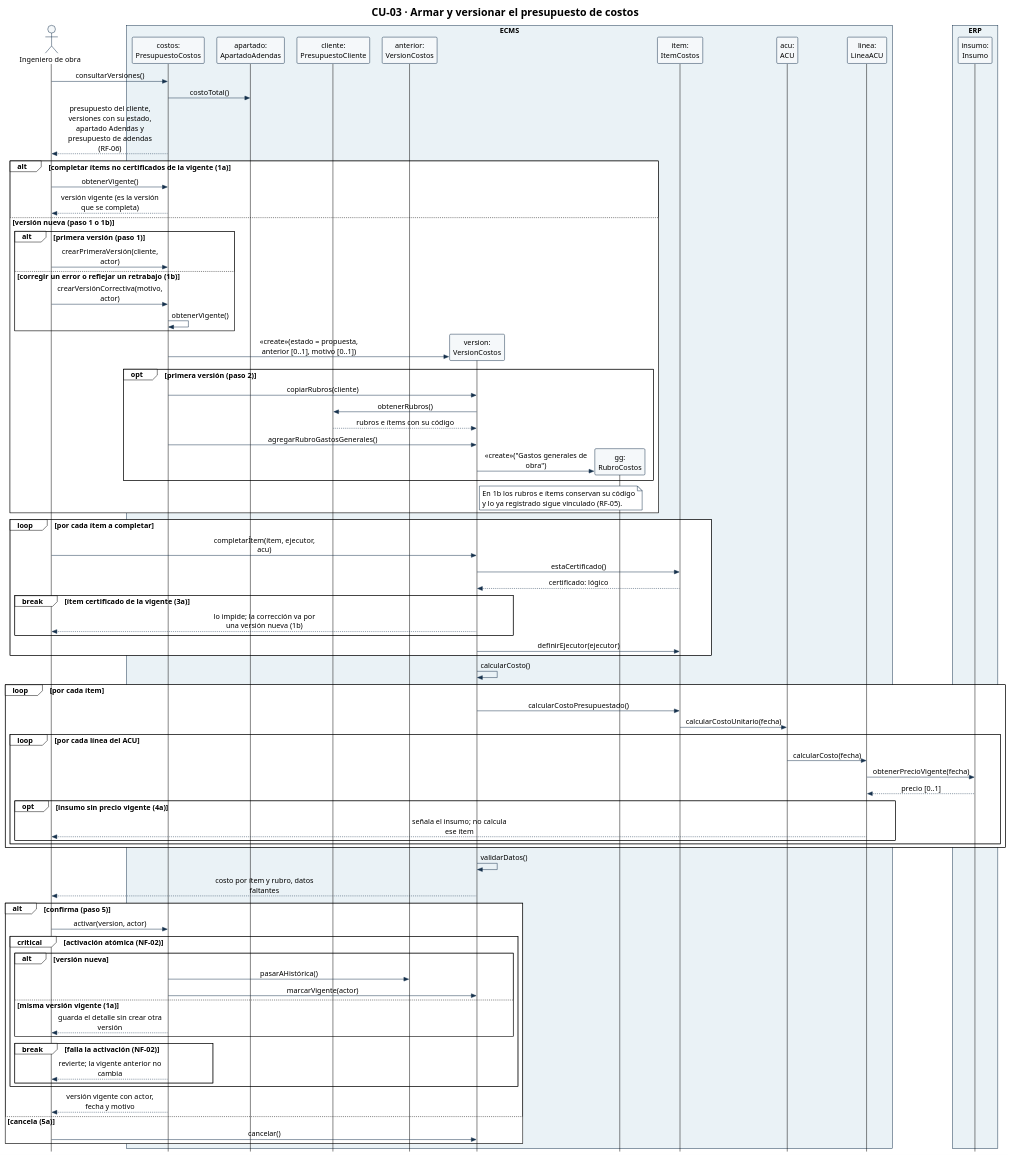
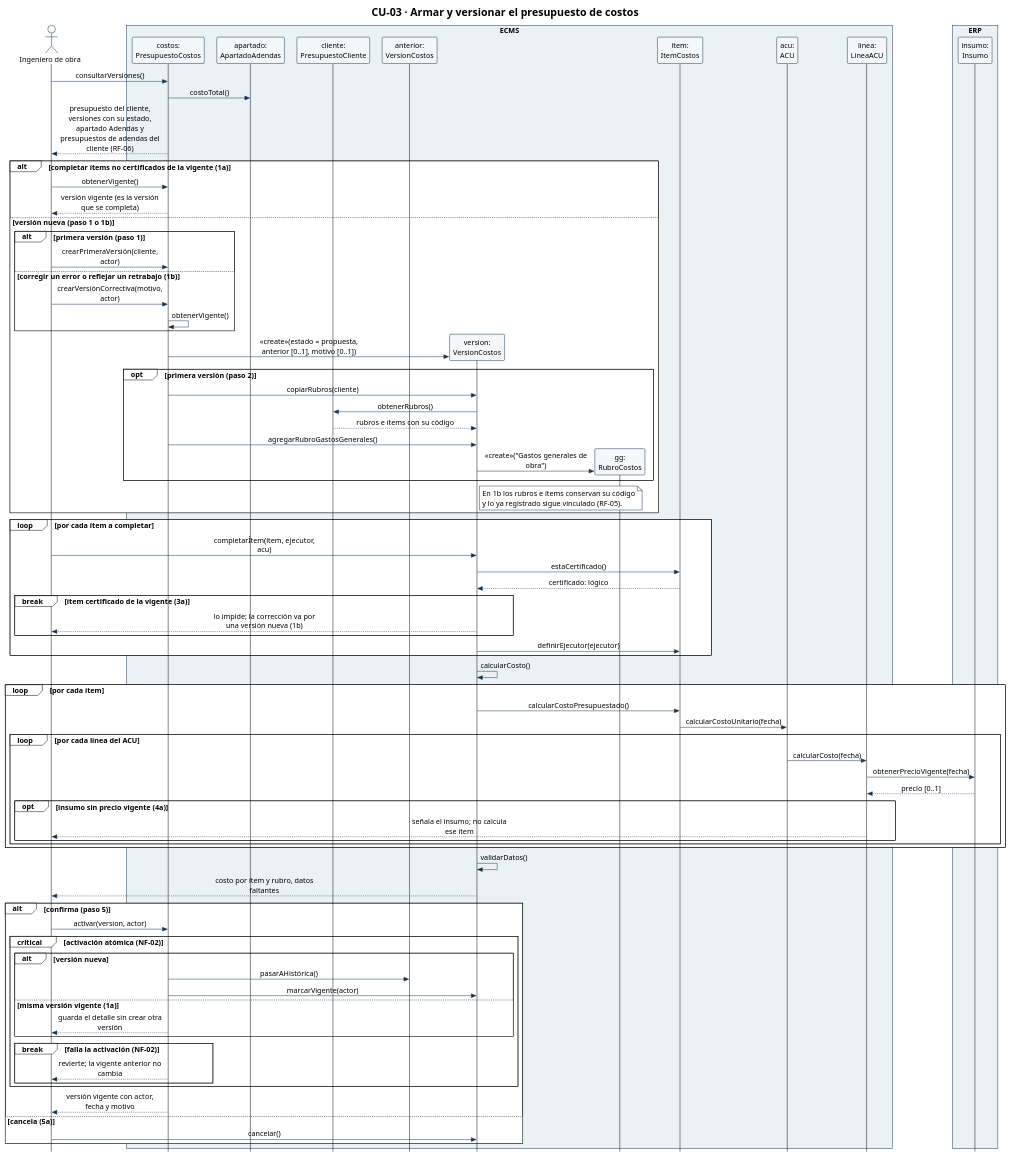
The diagram in diagramas/CU-03-secuencia.puml (Ssrrb/tpf-uca), drawn with PlantUML before and after one commit. The commit also changed 16 other files, not shown here.

```diff
--- a/diagramas/CU-03-secuencia.puml
+++ b/diagramas/CU-03-secuencia.puml
@@ -1,112 +1,112 @@
 @startuml
 !theme plain
 skinparam style strictuml
 skinparam shadowing false
 skinparam defaultFontName Arial
 skinparam defaultFontSize 15
 skinparam sequenceMessageAlign center
 skinparam maxMessageSize 220
 skinparam ParticipantPadding 8
 skinparam BoxPadding 6
 skinparam ParticipantBackgroundColor #F5F8FA
 skinparam ParticipantBorderColor #17324D
 skinparam ActorBorderColor #17324D
 skinparam ActorBackgroundColor #F5F8FA
 skinparam ArrowColor #17324D
 skinparam SequenceBoxBorderColor #17324D
 skinparam note {
   BackgroundColor #FFFFFF
   BorderColor #17324D
 }
 hide footbox
 title CU-03 · Armar y versionar el presupuesto de costos
 actor "Ingeniero de obra" as Ing
 box "ECMS" #EAF2F6
 participant "costos:\nPresupuestoCostos" as PC
 participant "apartado:\nApartadoAdendas" as Apa
 participant "cliente:\nPresupuestoCliente" as Cli
 participant "anterior:\nVersionCostos" as Ant
 participant "version:\nVersionCostos" as V
 participant "gg:\nRubroCostos" as GG
 participant "item:\nItemCostos" as Item
 participant "acu:\nACU" as Acu
 participant "linea:\nLineaACU" as Lin
 end box
 box "ERP" #EAF2F6
 participant "insumo:\nInsumo" as Ins
 end box
 
 Ing -> PC: consultarVersiones()
 PC -> Apa: costoTotal()
-PC --> Ing: presupuesto del cliente, versiones con su estado,\napartado Adendas y presupuesto de adendas (RF-06)
+PC --> Ing: presupuesto del cliente, versiones con su estado,\napartado Adendas y presupuestos de adendas del cliente (RF-06)
 
 alt completar ítems no certificados de la vigente (1a)
   Ing -> PC: obtenerVigente()
   PC --> Ing: versión vigente (es la versión que se completa)
 else versión nueva (paso 1 o 1b)
   alt primera versión (paso 1)
     Ing -> PC: crearPrimeraVersión(cliente, actor)
   else corregir un error o reflejar un retrabajo (1b)
     Ing -> PC: crearVersiónCorrectiva(motivo, actor)
     PC -> PC: obtenerVigente()
   end
   create V
   PC -> V: «create»(estado = propuesta, anterior [0..1], motivo [0..1])
   opt primera versión (paso 2)
     PC -> V: copiarRubros(cliente)
     V -> Cli: obtenerRubros()
     Cli --> V: rubros e ítems con su código
     PC -> V: agregarRubroGastosGenerales()
     create GG
     V -> GG: «create»("Gastos generales de obra")
   end
   note right of V
     En 1b los rubros e ítems conservan su código
     y lo ya registrado sigue vinculado (RF-05).
   end note
 end
 
 loop por cada ítem a completar
   Ing -> V: completarÍtem(ítem, ejecutor, acu)
   V -> Item: estaCertificado()
   Item --> V: certificado: lógico
   break ítem certificado de la vigente (3a)
     V --> Ing: lo impide; la corrección va por una versión nueva (1b)
   end
   V -> Item: definirEjecutor(ejecutor)
 end
 
 V -> V: calcularCosto()
 loop por cada ítem
   V -> Item: calcularCostoPresupuestado()
   Item -> Acu: calcularCostoUnitario(fecha)
   loop por cada línea del ACU
     Acu -> Lin: calcularCosto(fecha)
     Lin -> Ins: obtenerPrecioVigente(fecha)
     Ins --> Lin: precio [0..1]
     opt insumo sin precio vigente (4a)
       Lin --> Ing: señala el insumo; no calcula ese ítem
     end
   end
 end
 V -> V: validarDatos()
 V --> Ing: costo por ítem y rubro, datos faltantes
 
 alt confirma (paso 5)
   Ing -> PC: activar(version, actor)
   critical activación atómica (NF-02)
     alt versión nueva
       PC -> Ant: pasarAHistórica()
       PC -> V: marcarVigente(actor)
     else misma versión vigente (1a)
       PC --> Ing: guarda el detalle sin crear otra versión
     end
     break falla la activación (NF-02)
       PC --> Ing: revierte; la vigente anterior no cambia
     end
   end
   PC --> Ing: versión vigente con actor, fecha y motivo
 else cancela (5a)
   Ing -> V: cancelar()
 end
 @enduml
```
